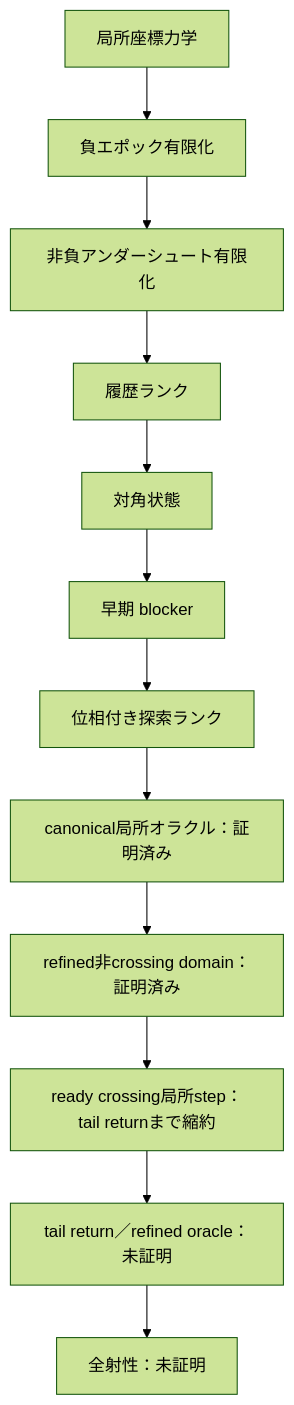
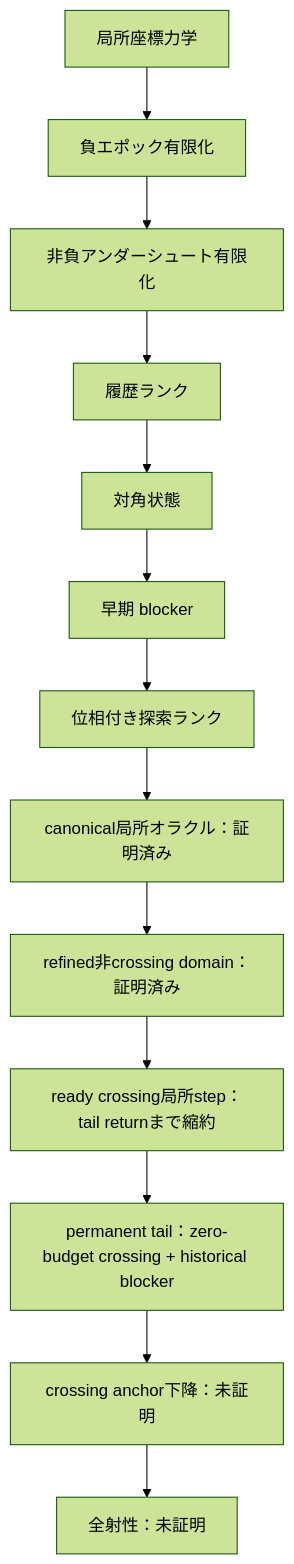
Before and after one commit to hirokidaichi/recaman-lean-research: the diagram in README.md, drawn with Mermaid (forest theme). The commit also changed other lines of this file and 10 other files, not shown here.

Commit message:
theorem: expose permanent-tail blockers

````diff
--- a/README.md
+++ b/README.md
@@ -67,14 +75,15 @@
 ```mermaid
 flowchart TD
     A["局所座標力学"] --> B["負エポック有限化"]
     B --> C["非負アンダーシュート有限化"]
     C --> D["履歴ランク"]
     D --> E["対角状態"]
     E --> F["早期 blocker"]
     F --> G["位相付き探索ランク"]
     G --> H["canonical局所オラクル：証明済み"]
     H --> I["refined非crossing domain：証明済み"]
     I --> J["ready crossing局所step：tail returnまで縮約"]
-    J --> K["tail return／refined oracle：未証明"]
-    K --> L["全射性：未証明"]
+    J --> K["permanent tail：zero-budget crossing + historical blocker"]
+    K --> L["crossing anchor下降：未証明"]
+    L --> M["全射性：未証明"]
 ```
````
